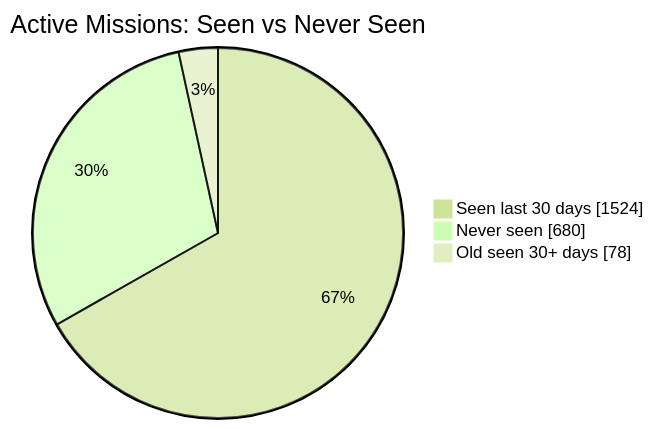
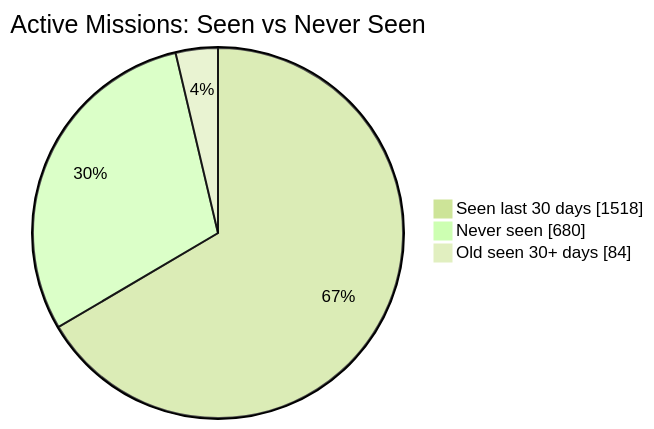
The first of 2 diagrams in README.md (MeldkamerspelGameTeam/active-missions), drawn with Mermaid (forest theme) before and after one commit. The commit also changed other lines of this file and 2 other files, not shown here.

````diff
--- a/README.md
+++ b/README.md
@@ -34,7 +34,7 @@
 ```mermaid
 pie showData
     title Active Missions: Seen vs Never Seen
-    "Seen last 30 days" : 1524
+    "Seen last 30 days" : 1518
     "Never seen" : 680
-    "Old seen 30+ days" : 78
+    "Old seen 30+ days" : 84
 ```
````
